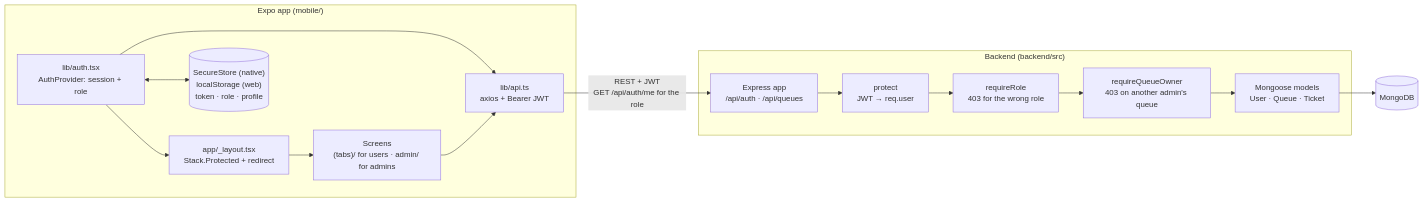
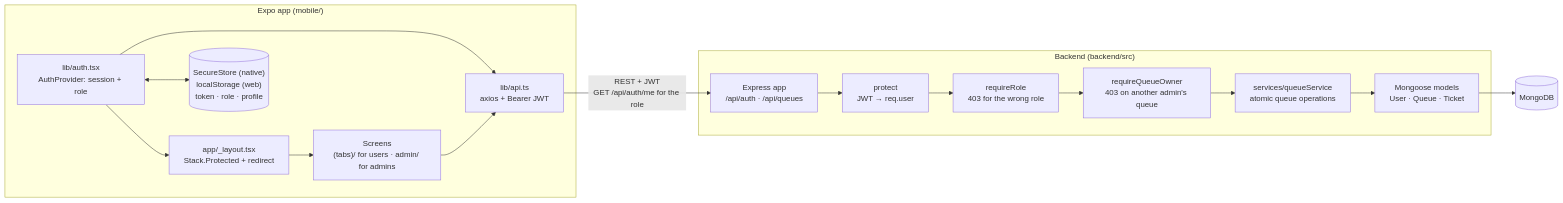
The fifth of 10 diagrams in docs/architecture.md (mishalsheza/QueueEase), drawn with Mermaid before and after one commit. The commit also changed other lines of this file and 18 other files, not shown here.

````diff
--- a/docs/architecture.md
+++ b/docs/architecture.md
@@ -203,27 +207,28 @@
 ```mermaid
 flowchart LR
   subgraph App["Expo app (mobile/)"]
     Auth["lib/auth.tsx<br/>AuthProvider: session + role"]
     Guards["app/_layout.tsx<br/>Stack.Protected + redirect"]
     Screens["Screens<br/>(tabs)/ for users · admin/ for admins"]
     API["lib/api.ts<br/>axios + Bearer JWT"]
     Store[("SecureStore (native)<br/>localStorage (web)<br/>token · role · profile")]
     Auth --> Guards --> Screens
     Auth <--> Store
     Auth --> API
     Screens --> API
   end
 
   subgraph Server["Backend (backend/src)"]
     Express["Express app<br/>/api/auth · /api/queues"]
     Protect["protect<br/>JWT → req.user"]
     Role["requireRole<br/>403 for the wrong role"]
     Owner["requireQueueOwner<br/>403 on another admin's queue"]
+    Service["services/queueService<br/>atomic queue operations"]
     Models["Mongoose models<br/>User · Queue · Ticket"]
-    Express --> Protect --> Role --> Owner --> Models
+    Express --> Protect --> Role --> Owner --> Service --> Models
   end
 
   DB[("MongoDB")]
   API -- "REST + JWT<br/>GET /api/auth/me for the role" --> Express
   Models --> DB
 ```
````
